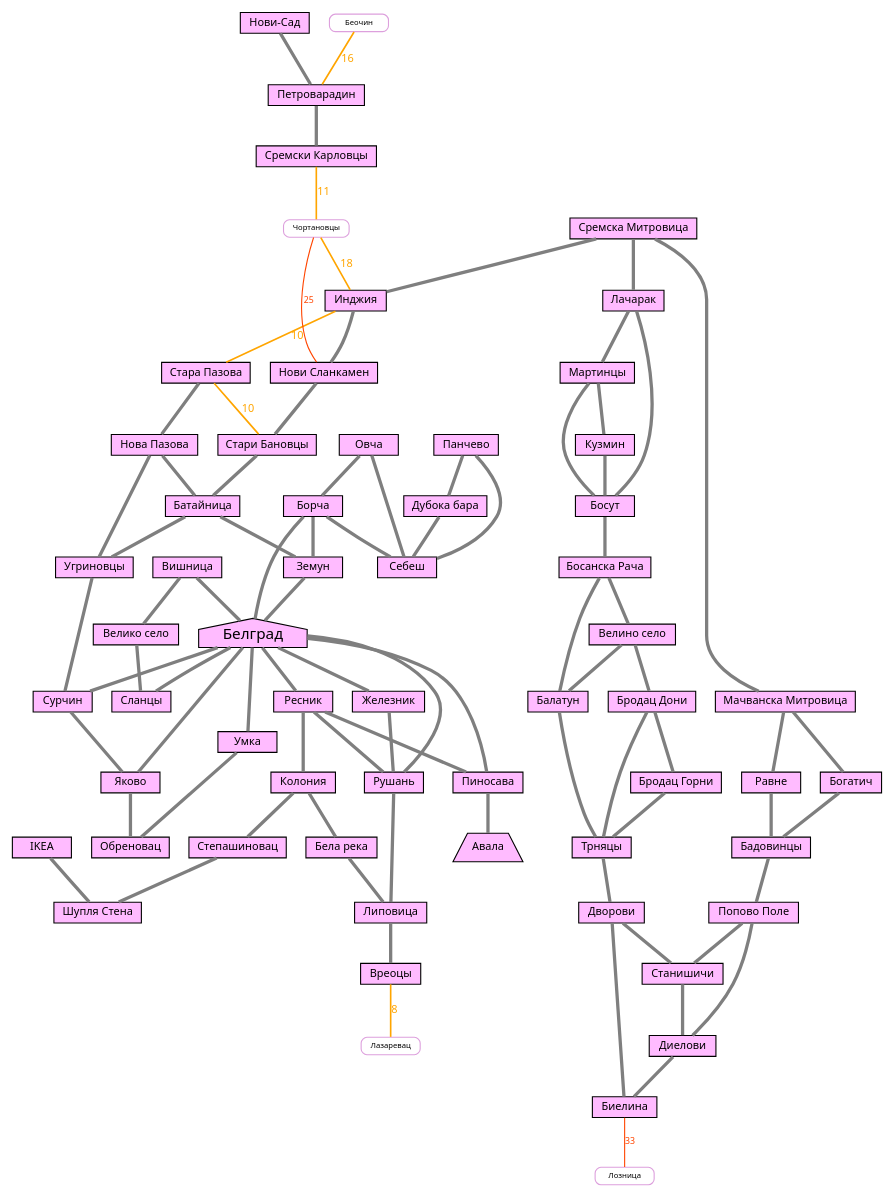
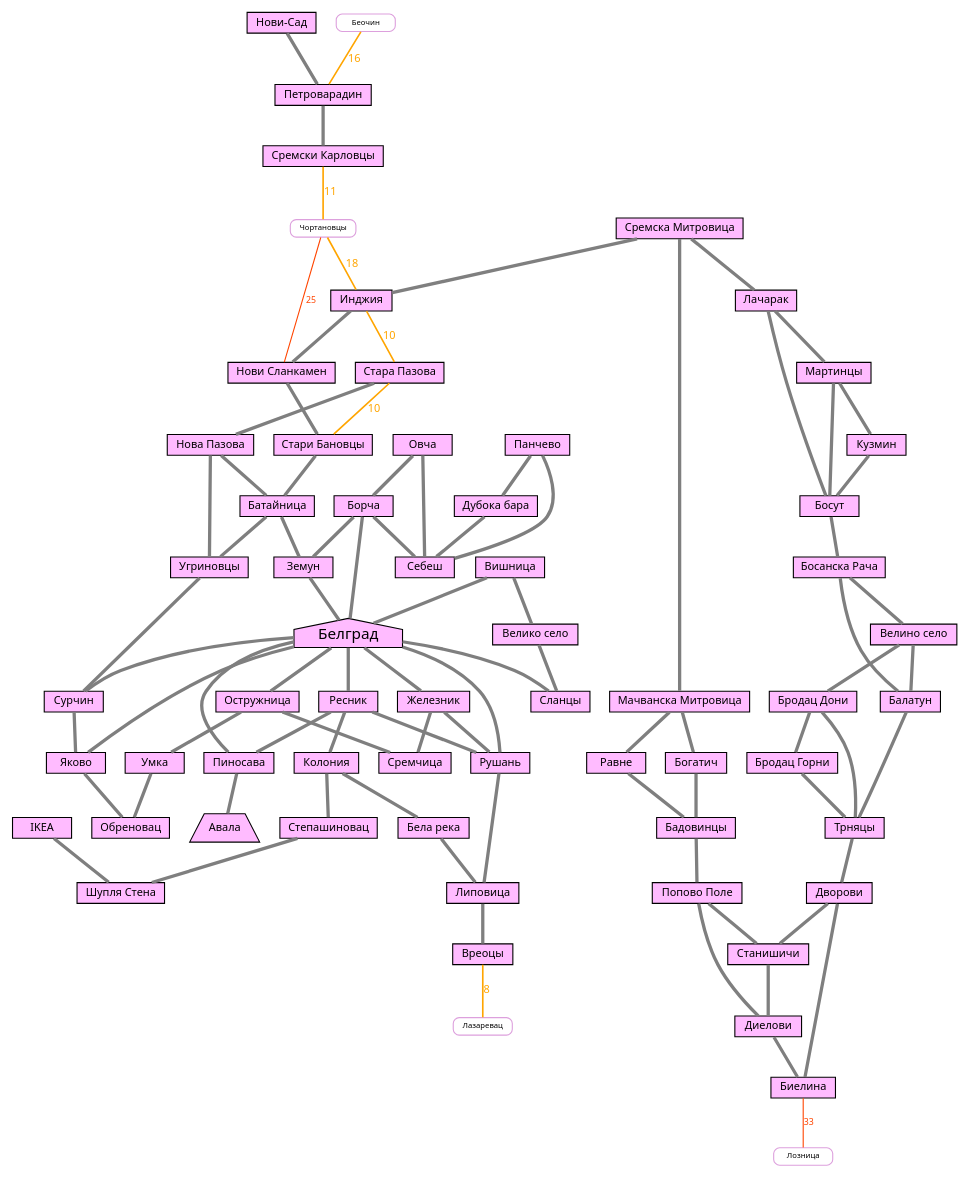
The diagram in serbia.dot (shoorick/bike-area), drawn with Graphviz before and after one commit. The commit also changed 1 other file, not shown here.

Commit message:
Expand Serbian graph: ride Ostružnica → Sremčica → Železnik

```diff
--- a/serbia.dot
+++ b/serbia.dot
@@ -1,75 +1,76 @@
 graph G {
     node [ shape=box, fontsize=10, fontname="Noto Sans,sans", style=filled, height=0.2 ]
     edge [ color=gray50, penwidth=3, fontname="Noto Sans,sans" ]
     graph [ overlap=false ]
 
     subgraph belgrade {
     node [ fillcolor=plum1 ]
     Белград [ shape=house, fontsize=14, margin=0.01 ]
     Авала [ shape=trapezium, margin=0.01 ]
 
     "Стара Пазова" -- "Нова Пазова" -- Батайница -- Земун -- Белград
     Белград -- {Ресник Рушань Сланцы Сурчин}
     Вишница -- "Велико село" -- Сланцы
     Вишница -- Белград
     Ресник -- Рушань -- Липовица -- Вреоцы
     Ресник -- Пиносава
     Ресник -- Колония -- "Бела река" -- Липовица
     Колония -- Степашиновац -- "Шупля Стена"
     IKEA -- "Шупля Стена"
     Белград -- Пиносава -- Авала
     Белград -- Железник -- Рушань
     "Сремска Митровица" -- Инджия -- "Нови Сланкамен" -- "Стари Бановцы" -- Батайница
     "Нова Пазова" -- Угриновцы
     Батайница -- Угриновцы -- Сурчин -- Яково
     Овча -- Борча -- Белград -- Яково -- Обреновац
-    Белград -- Умка -- Обреновац
+    Белград -- Остружница -- Умка -- Обреновац
+    { Железник Остружница } -- Сремчица
     Овча -- Себеш
     Борча -- Себеш
     Борча -- Земун
     Панчево -- Себеш
     Панчево -- "Дубока бара" -- Себеш
 
     "Сремска Митровица" -- Лачарак -- Мартинцы -- Кузмин -- Босут
     Лачарак -- Босут
     Мартинцы -- Босут -- "Босанска Рача" -- Балатун -- Трняцы
     "Босанска Рача" -- "Велино село" -- "Бродац Дони" -- "Бродац Горни" -- Трняцы
     "Велино село" -- Балатун
     "Бродац Дони" -- Трняцы -- Дворови -- Биелина
     Дворови -- Станишичи -- Диелови -- Биелина
     "Сремска Митровица" -- "Мачванска Митровица" -- { Равне Богатич } -- Бадовинцы
     Бадовинцы -- "Попово Поле" -- Станишичи
     "Попово Поле" -- Диелови
 
     "Нови-Сад" -- Петроварадин -- "Сремски Карловцы"
 }
 
 subgraph failed {
     node [ shape=Mrecord,fillcolor=white,color=plum,fontsize=7, height=0.1 ]
 
     // Ближайшие — можно пройти за час, до 15-20 км
     edge [ color=orange, fontcolor=orange, fontsize=10, penwidth=1.5 ]
     Инджия -- "Стара Пазова" [ label=10 ]
     "Стара Пазова" -- "Стари Бановцы" [ label=10 ]
     Вреоцы -- Лазаревац [ label=8 ]
 
     Беочин -- Петроварадин [ label=16 ]
     "Сремски Карловцы" -- Чортановцы [ label=11 ]
     Чортановцы -- Инджия [ label=18 ]
 
     // Ближние, до 40 км
     edge [ color=orangered, fontcolor=orangered, fontsize=8, penwidth=1 ]
     Чортановцы -- "Нови Сланкамен" [ label=25 ]
     Биелина -- Лозница [ label=33 ]
 
     // Средние — можно пройти за день
     // edge [ color=red, fontcolor=red, style="dashed" ]
 
     // Дальние (от 100 км)
     //edge [ color=plum, fontcolor=plum, style="dotted" ]
 
     // Самые дальние — нереально проехать
     // edge [ color=skyblue, fontcolor=skyblue ]
 }
 
 }
```
